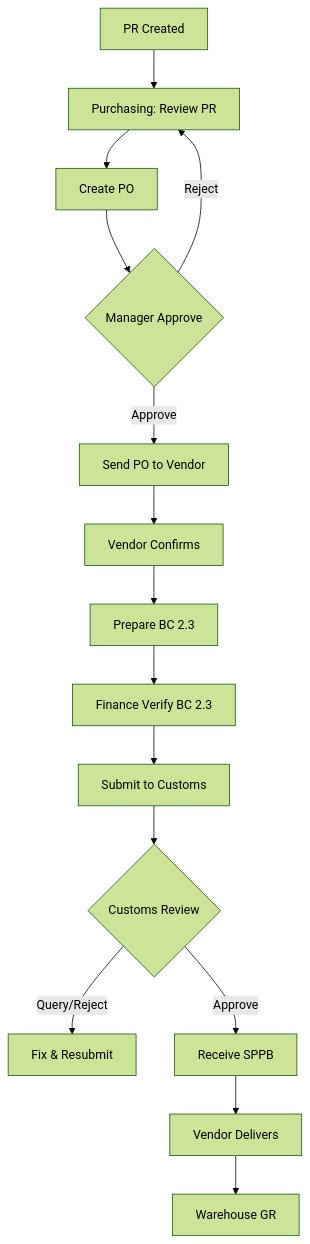
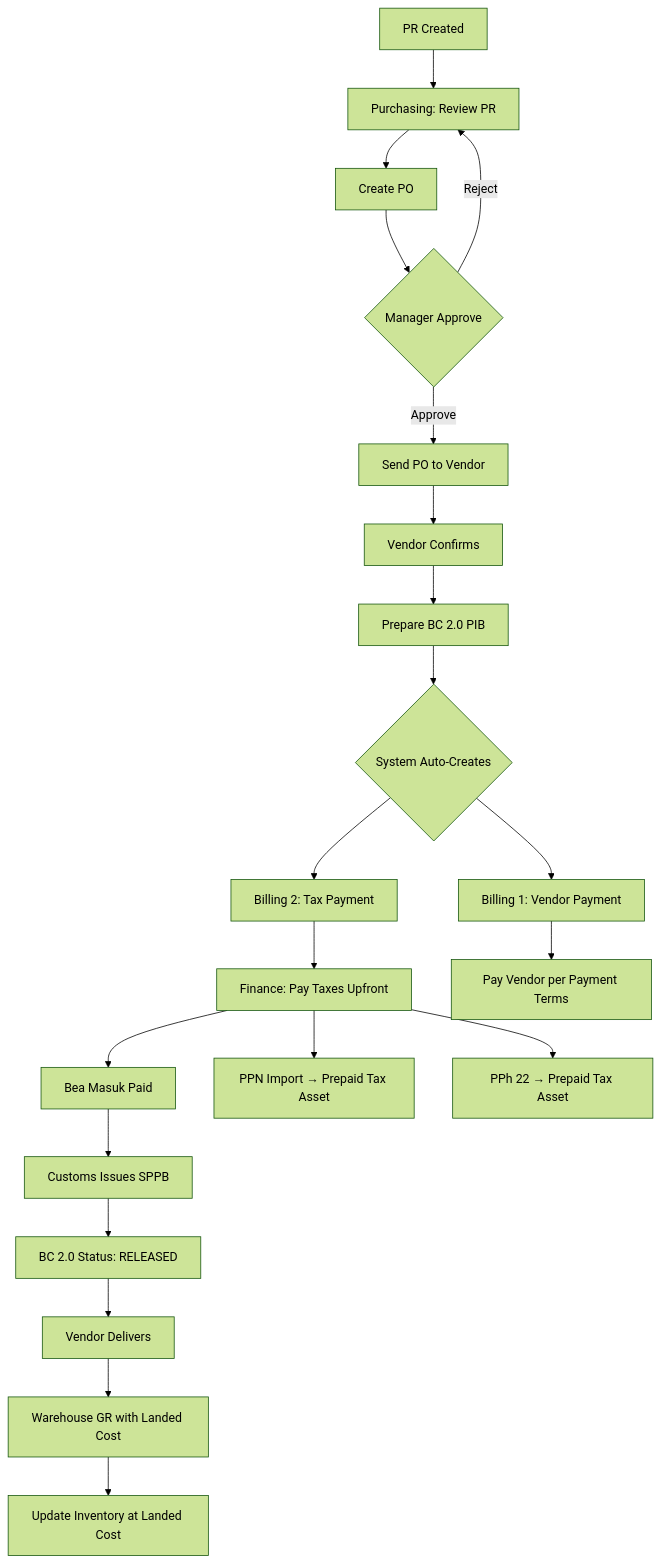
One commit to batalngantuk/jkj changed the second of 7 diagrams in docs/detailed_workflow_spec.md. Above: the diagram before and after it, drawn with Mermaid (forest theme). The commit also changed other lines of this file and 5 other files, not shown here.

First line of the commit message:
docs: migrate documentation from BC 2.3 to BC 2.0 Regular Import System

````diff
--- a/docs/detailed_workflow_spec.md
+++ b/docs/detailed_workflow_spec.md
@@ -54,17 +54,23 @@
 ```mermaid
 graph TD
     A[PR Created] --> B[Purchasing: Review PR]
     B --> C[Create PO]
     C --> D{Manager Approve}
     D -->|Reject| B
     D -->|Approve| E[Send PO to Vendor]
     E --> F[Vendor Confirms]
-    F --> G[Prepare BC 2.3]
-    G --> H[Finance Verify BC 2.3]
-    H --> I[Submit to Customs]
-    I --> J{Customs Review}
-    J -->|Query/Reject| K[Fix & Resubmit]
-    J -->|Approve| L[Receive SPPB]
-    L --> M[Vendor Delivers]
-    M --> N[Warehouse GR]
+    F --> G[Prepare BC 2.0 PIB]
+    G --> H{System Auto-Creates}
+    H --> I[Billing 1: Vendor Payment]
+    H --> J[Billing 2: Tax Payment]
+    J --> K[Finance: Pay Taxes Upfront]
+    K --> L[Bea Masuk Paid]
+    K --> M[PPN Import → Prepaid Tax Asset]
+    K --> N[PPh 22 → Prepaid Tax Asset]
+    L --> O[Customs Issues SPPB]
+    O --> P[BC 2.0 Status: RELEASED]
+    P --> Q[Vendor Delivers]
+    Q --> R[Warehouse GR with Landed Cost]
+    R --> S[Update Inventory at Landed Cost]
+    I --> T[Pay Vendor per Payment Terms]
 ```
````
